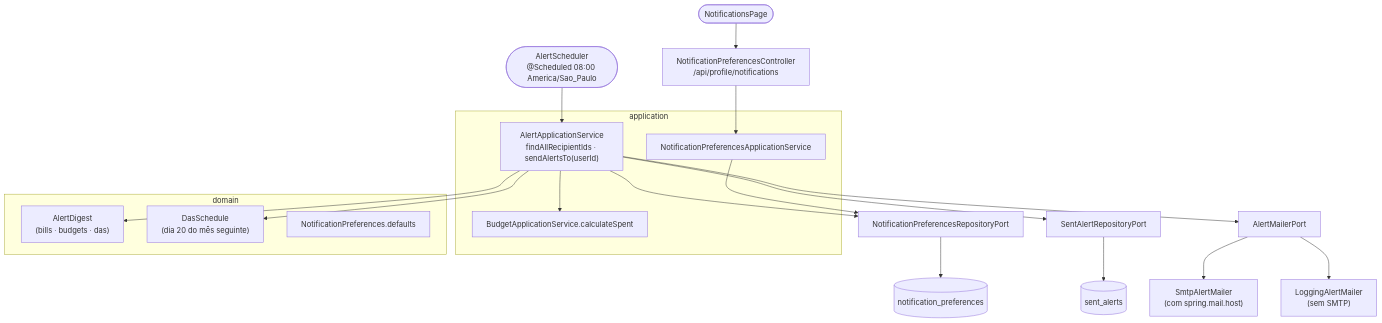
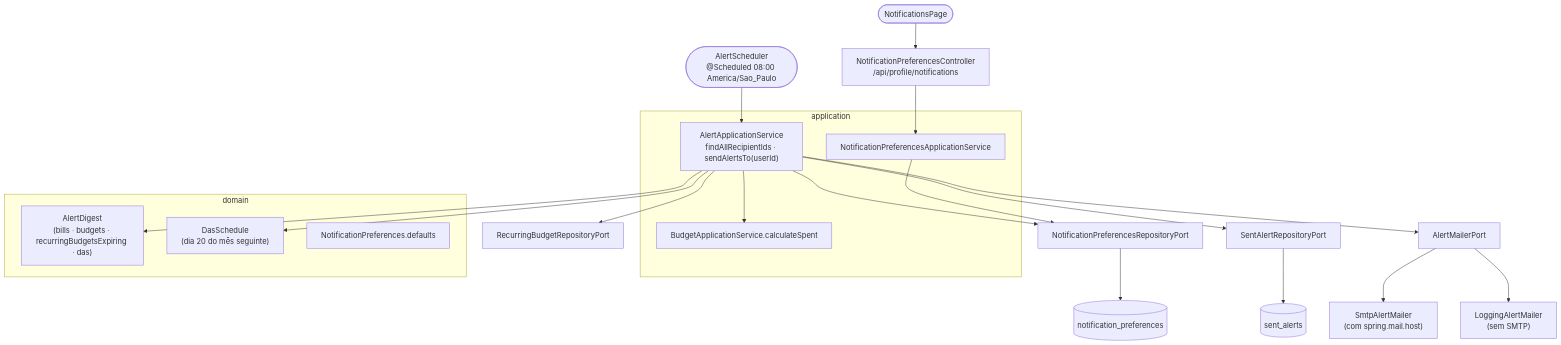
Before and after one commit to leozztto/LmfFinPro: the first of 2 diagrams in docs/tecnica/fluxo-alertas.md, drawn with Mermaid. The commit also changed other lines of this file and 22 other files, not shown here.

````diff
--- a/docs/tecnica/fluxo-alertas.md
+++ b/docs/tecnica/fluxo-alertas.md
@@ -25,31 +26,32 @@
 ```mermaid
 flowchart TD
     Cron(["AlertScheduler\n@Scheduled 08:00 America/Sao_Paulo"]) --> Service
     Page(["NotificationsPage"]) --> Ctrl["NotificationPreferencesController\n/api/profile/notifications"]
     Ctrl --> PrefService["NotificationPreferencesApplicationService"]
 
     subgraph application
         Service["AlertApplicationService\nfindAllRecipientIds · sendAlertsTo(userId)"]
         PrefService
         Budget["BudgetApplicationService.calculateSpent"]
     end
 
     subgraph domain
-        Digest["AlertDigest\n(bills · budgets · das)"]
+        Digest["AlertDigest\n(bills · budgets · recurringBudgetsExpiring · das)"]
         Das["DasSchedule\n(dia 20 do mês seguinte)"]
         Prefs["NotificationPreferences.defaults"]
     end
 
     Service --> Budget
+    Service --> RecBudgetPort["RecurringBudgetRepositoryPort"]
     Service --> Das
     Service --> Digest
     Service --> PrefsPort["NotificationPreferencesRepositoryPort"]
     Service --> SentPort["SentAlertRepositoryPort"]
     Service --> MailPort["AlertMailerPort"]
     PrefService --> PrefsPort
 
     MailPort --> Smtp["SmtpAlertMailer\n(com spring.mail.host)"]
     MailPort --> Log["LoggingAlertMailer\n(sem SMTP)"]
     PrefsPort --> T1[("notification_preferences")]
     SentPort --> T2[("sent_alerts")]
 ```
````
